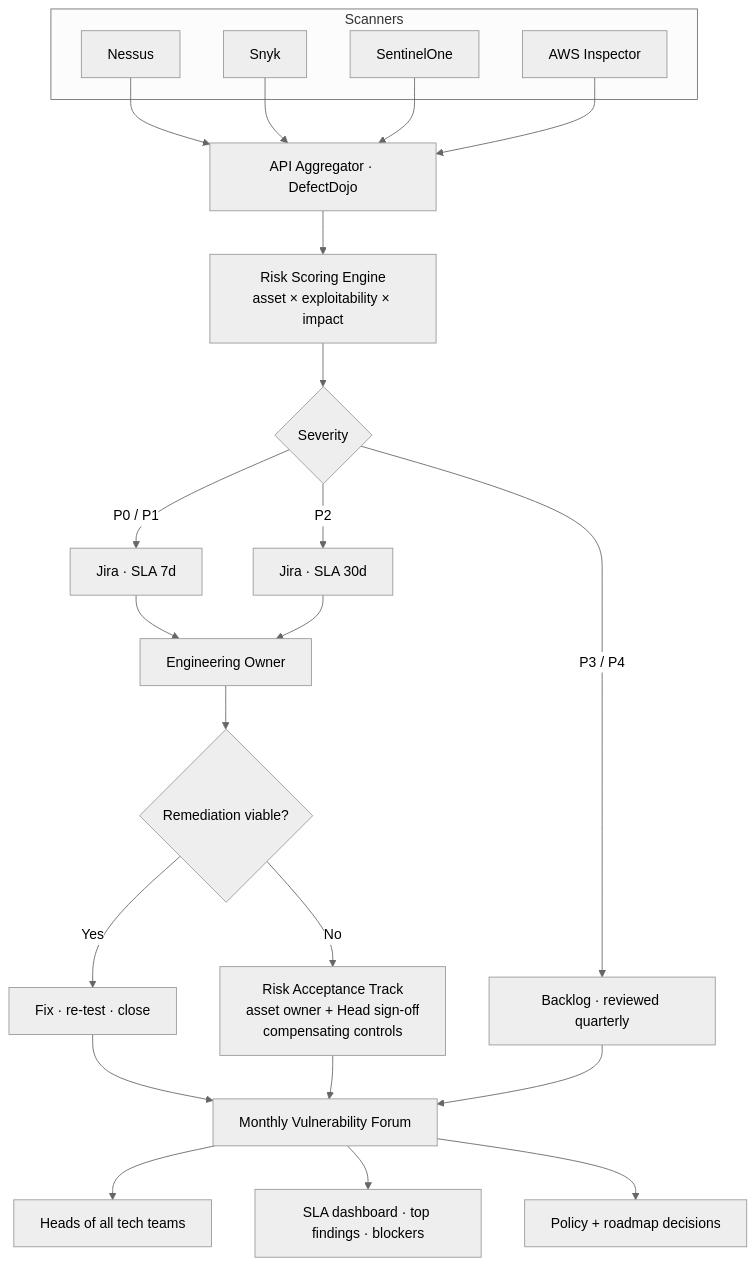
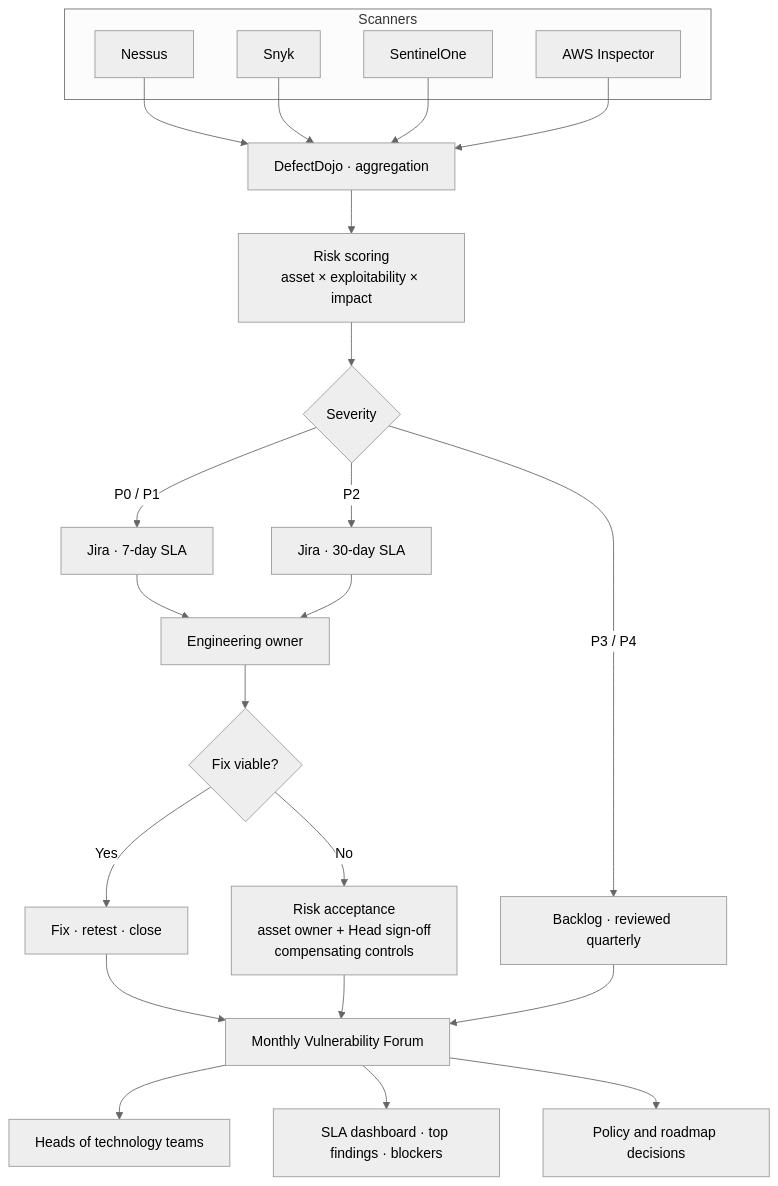
Before and after one commit to CHDevSec/portfolio: the diagram in src/content/projects/en/enterprise-vuln-mgmt.mdx, drawn with Mermaid (neutral theme). The commit also changed other lines of this file and 169 other files, not shown here.

````diff
--- a/src/content/projects/en/enterprise-vuln-mgmt.mdx
+++ b/src/content/projects/en/enterprise-vuln-mgmt.mdx
@@ -39,36 +76,36 @@
 ```mermaid
 flowchart TB
     subgraph Scanners
     A1[Nessus]
     A2[Snyk]
     A3[SentinelOne]
     A4[AWS Inspector]
     end
 
-    A1 --> B[API Aggregator · DefectDojo]
+    A1 --> B[DefectDojo · aggregation]
     A2 --> B
     A3 --> B
     A4 --> B
 
-    B --> C[Risk Scoring Engine<br/>asset × exploitability × impact]
+    B --> C[Risk scoring<br/>asset × exploitability × impact]
     C --> D{Severity}
 
-    D -->|P0 / P1| E[Jira · SLA 7d]
-    D -->|P2| F[Jira · SLA 30d]
+    D -->|P0 / P1| E[Jira · 7-day SLA]
+    D -->|P2| F[Jira · 30-day SLA]
     D -->|P3 / P4| G[Backlog · reviewed quarterly]
 
-    E --> H[Engineering Owner]
+    E --> H[Engineering owner]
     F --> H
 
-    H --> I{Remediation viable?}
-    I -->|Yes| J[Fix · re-test · close]
-    I -->|No| K[Risk Acceptance Track<br/>asset owner + Head sign-off<br/>compensating controls]
+    H --> I{Fix viable?}
+    I -->|Yes| J[Fix · retest · close]
+    I -->|No| K[Risk acceptance<br/>asset owner + Head sign-off<br/>compensating controls]
 
     J --> L[Monthly Vulnerability Forum]
     K --> L
     G --> L
 
-    L --> M[Heads of all tech teams]
+    L --> M[Heads of technology teams]
     L --> N[SLA dashboard · top findings · blockers]
-    L --> O[Policy + roadmap decisions]
+    L --> O[Policy and roadmap decisions]
 ```
````
